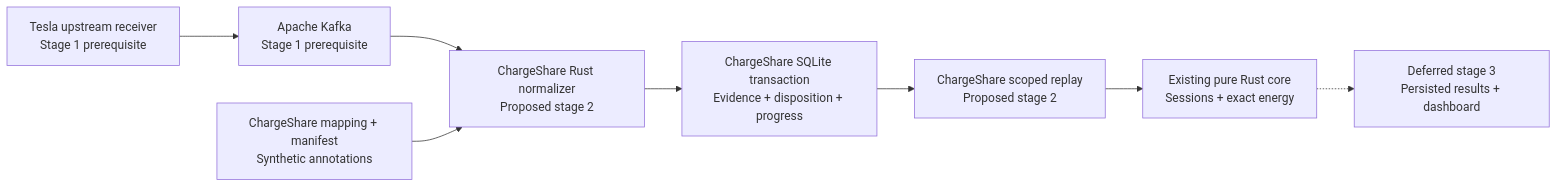
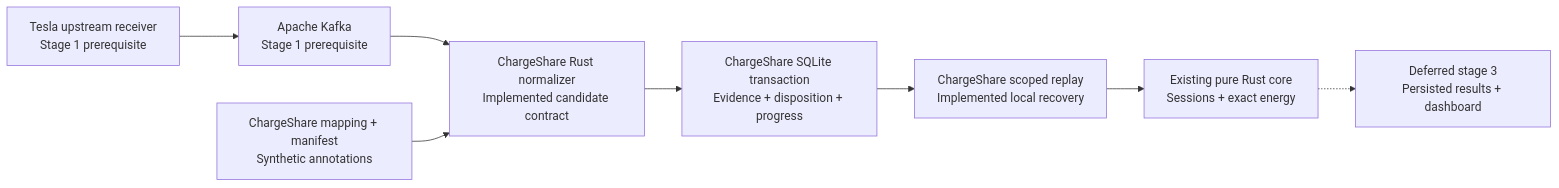
The diagram in openspec/changes/durable-synthetic-ingestion/design.md (jestrada/ChargeShare), drawn with Mermaid before and after one commit. The commit also changed other lines of this file and 31 other files, not shown here.

Commit message:
Implement scoped durable synthetic ingestion and recovery

````diff
--- a/openspec/changes/durable-synthetic-ingestion/design.md
+++ b/openspec/changes/durable-synthetic-ingestion/design.md
@@ -7,10 +7,10 @@
 ```mermaid
 flowchart LR
     receiver["Tesla upstream receiver<br/>Stage 1 prerequisite"] --> kafka["Apache Kafka<br/>Stage 1 prerequisite"]
-    kafka --> adapter["ChargeShare Rust normalizer<br/>Proposed stage 2"]
+    kafka --> adapter["ChargeShare Rust normalizer<br/>Implemented candidate contract"]
     manifest["ChargeShare mapping + manifest<br/>Synthetic annotations"] --> adapter
     adapter --> transaction["ChargeShare SQLite transaction<br/>Evidence + disposition + progress"]
-    transaction --> replay["ChargeShare scoped replay<br/>Proposed stage 2"]
+    transaction --> replay["ChargeShare scoped replay<br/>Implemented local recovery"]
     replay --> core["Existing pure Rust core<br/>Sessions + exact energy"]
     core -.-> later["Deferred stage 3<br/>Persisted results + dashboard"]
 ```
````
